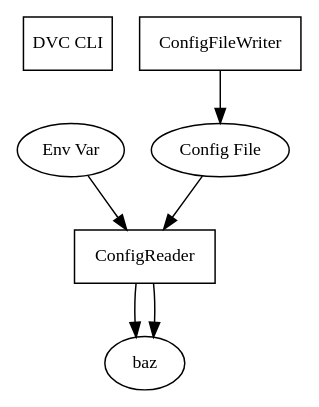
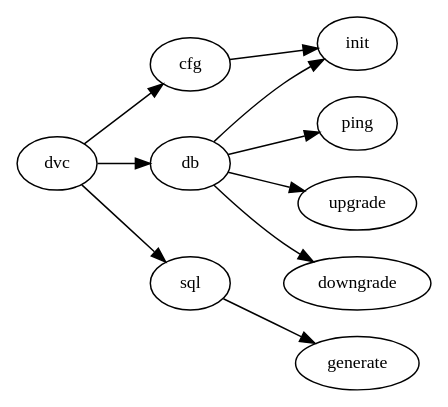
One commit to kenho811/Python_Database_Version_Control changed the first of 2 diagrams in docs/design.rst. Above: the diagram before and after it, drawn with Graphviz. The commit also changed other lines of this file and 3 other files, not shown here.

```diff
--- a/docs/design.rst
+++ b/docs/design.rst
@@ -11,26 +14,18 @@
 .. graphviz::
-   :name: Database Verion Control Tool Setup
-   :caption: Internal structure
-   :alt: How Sphinx and GraphViz Render the Final Document
+   :name: Database Verion Control CLI Commands and Subcommands
+   :caption: DVC CLI Commands and Subcommands
    :align: center
 
-   digraph foo {
+   digraph cli {
       graph [fontname="Verdana", fontsize="12"];
       node [fontname="Verdana", fontsize="12"];
       edge [fontname="Sans", fontsize="9"];
+      rankdir="LR";
 
-
-      # Define classes
-      dvc_cli [label="DVC CLI", shape="rect"];
-      ConfigReader [label="ConfigReader", shape="class"];
-      ConfigFileWriter [label="ConfigFileWriter", shape="class"];
-
-      # Define Environment
-
-
-      dvc_cli
-      "Env Var" -> ConfigReader -> "baz";
-      ConfigFileWriter -> "Config File" -> ConfigReader -> "baz";
+     dvc -> {cfg, db, sql}
+     cfg -> init
+     db -> {ping, init, upgrade, downgrade}
+     sql -> generate
 
 
    }
```
